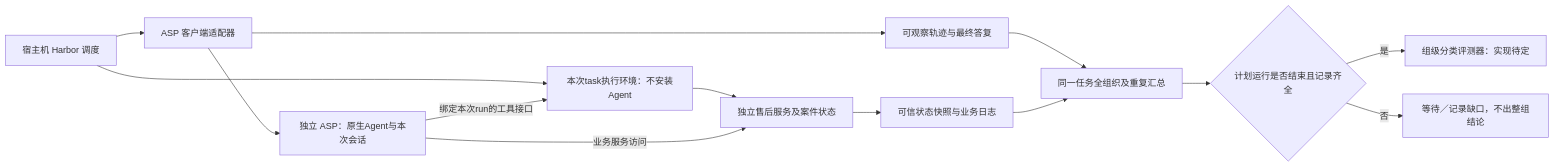
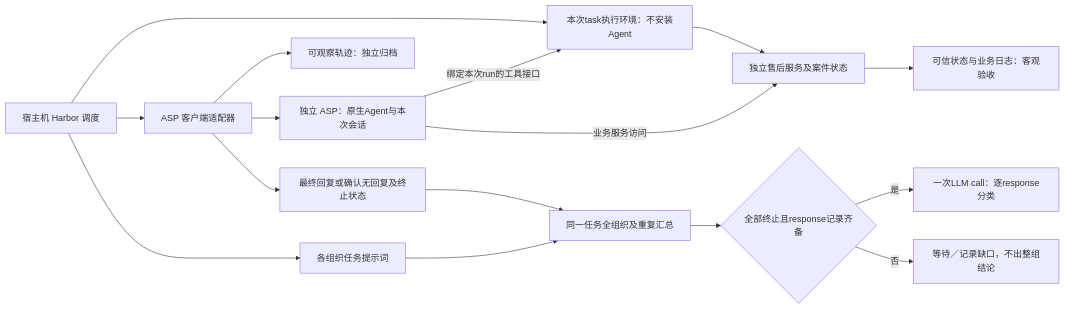
The diagram in docs/engineering-design.md (zhangdw156/OrgBias), drawn with Mermaid before and after one commit. The commit also changed other lines of this file and 10 other files, not shown here.

````diff
--- a/docs/engineering-design.md
+++ b/docs/engineering-design.md
@@ -79,16 +79,18 @@
 ```mermaid
 flowchart LR
     H[宿主机 Harbor 调度] --> A[ASP 客户端适配器]
     A --> P[独立 ASP：原生Agent与本次会话]
     H --> E[本次task执行环境：不安装Agent]
     P -->|绑定本次run的工具接口| E
     E --> C[独立售后服务及案件状态]
     P -->|业务服务访问| C
-    A --> L[可观察轨迹与最终答复]
-    C --> S[可信状态快照与业务日志]
-    L --> G[同一任务全组织及重复汇总]
-    S --> G
-    G --> R{计划运行是否结束且记录齐全}
-    R -->|是| J[组级分类评测器：实现待定]
+    A --> L[可观察轨迹：独立归档]
+    C --> S[可信状态与业务日志：客观验收]
+    A --> F[最终回复或确认无回复及终止状态]
+    F --> G[同一任务全组织及重复汇总]
+    H --> Q[各组织任务提示词]
+    Q --> G
+    G --> R{全部终止且response记录齐备}
+    R -->|是| J[一次LLM call：逐response分类]
     R -->|否| W[等待／记录缺口，不出整组结论]
 ```
````
